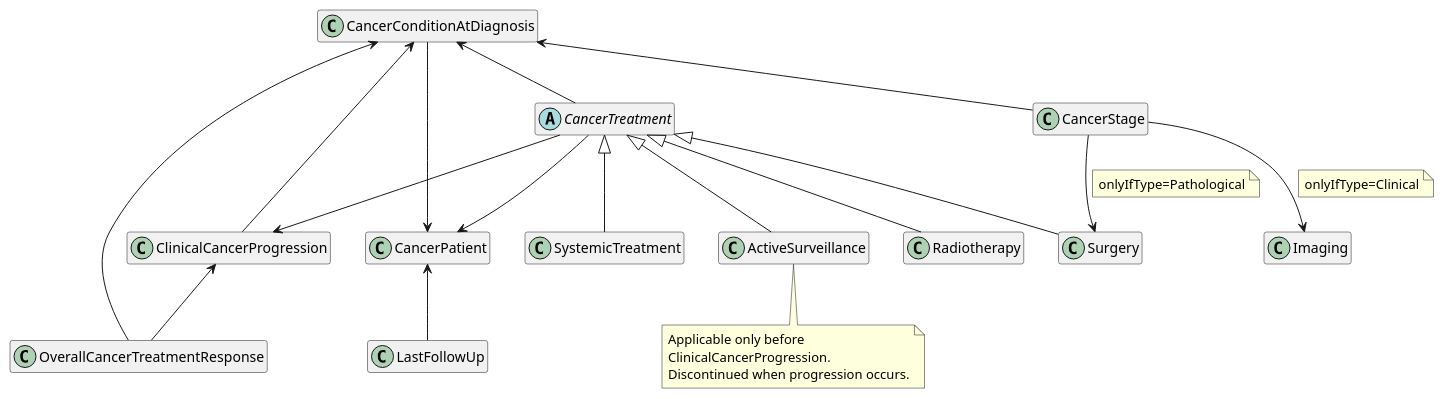
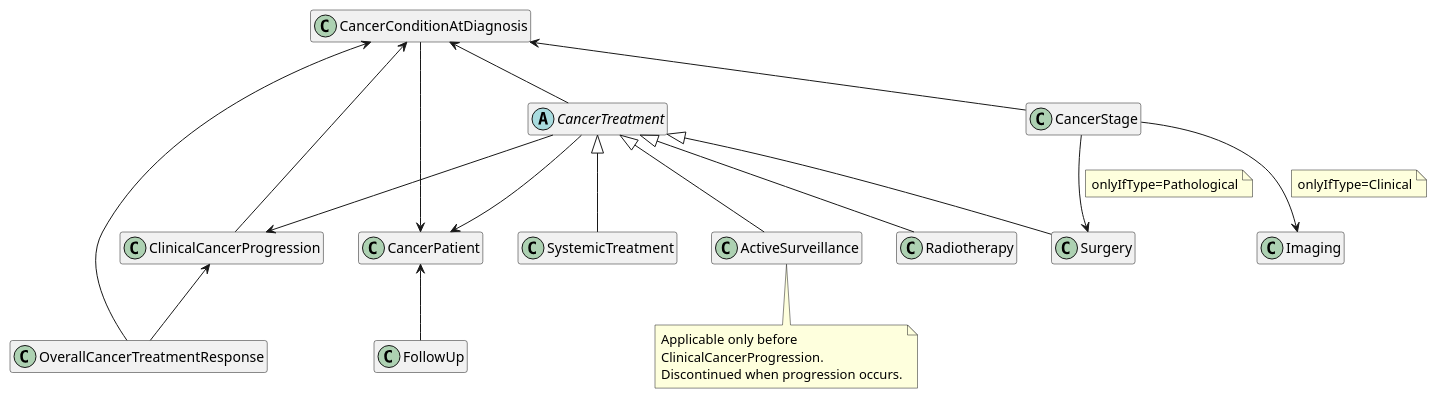
One commit to hl7-eu/cancer-common changed the diagram in input/images-source/CancerLogicalModel_LM_refs.plantuml. Above: the diagram before and after it, drawn with PlantUML. The commit also changed 45 other files, not shown here.

```diff
--- a/input/images-source/CancerLogicalModel_LM_refs.plantuml
+++ b/input/images-source/CancerLogicalModel_LM_refs.plantuml
@@ -1,76 +1,76 @@
 @startuml
 hide empty members
 skinparam classAttributeIconSize 0
 
 ' Classes derived from logical models
 class ActiveSurveillance [[StructureDefinition-ActiveSurveillance.html]]
 class CancerConditionAtDiagnosis [[StructureDefinition-CancerConditionAtDiagnosis.html]]
 class CancerPatient [[StructureDefinition-CancerPatient.html]]
 class CancerStage [[StructureDefinition-CancerStage.html]]
 class ClinicalCancerProgression [[StructureDefinition-ClinicalCancerProgression.html]]
 class Imaging [[StructureDefinition-Imaging.html]]
-class LastFollowUp [[StructureDefinition-LastFollowUp.html]]
+class FollowUp [[StructureDefinition-FollowUp.html]]
 class OverallCancerTreatmentResponse [[StructureDefinition-OverallCancerTreatmentResponse.html]]
 class Radiotherapy [[StructureDefinition-Radiotherapy.html]]
 class Surgery [[StructureDefinition-Surgery.html]]
 class SystemicTreatment [[StructureDefinition-SystemicTreatment.html]]
 
 ' Relationships derived from Reference() fields
 /' ActiveSurveillance --> CancerPatient
 ActiveSurveillance --> CancerConditionAtDiagnosis
 CancerConditionAtDiagnosis --> CancerPatient
 CancerStage --> CancerConditionAtDiagnosis
 CancerStage --> Surgery
 note on link
 onlyIfType=Pathological
 end note
 CancerStage --> Imaging
 note on link
 onlyIfType=Clinical
 end note
 ClinicalCancerProgression --> CancerConditionAtDiagnosis
-LastFollowUp --> CancerPatient
+FollowUp --> CancerPatient
 OverallCancerTreatmentResponse --> CancerConditionAtDiagnosis
 OverallCancerTreatmentResponse --> ClinicalCancerProgression
 Radiotherapy --> CancerPatient
 Radiotherapy --> CancerConditionAtDiagnosis
 Radiotherapy --> ClinicalCancerProgression
 Surgery --> CancerPatient
 Surgery --> CancerConditionAtDiagnosis
 Surgery --> ClinicalCancerProgression
 SystemicTreatment --> CancerPatient
 SystemicTreatment --> CancerConditionAtDiagnosis
 SystemicTreatment --> ClinicalCancerProgression '/
 
 
 abstract class CancerTreatment
 
 CancerTreatment-u->CancerConditionAtDiagnosis
 CancerTreatment --> CancerPatient
 CancerConditionAtDiagnosis --> CancerPatient
 CancerStage -u-> CancerConditionAtDiagnosis
 CancerStage --> Surgery
 note on link
 onlyIfType=Pathological
 end note
 CancerStage --> Imaging
 note on link
 onlyIfType=Clinical
 end note
 ClinicalCancerProgression -u-> CancerConditionAtDiagnosis
-LastFollowUp -u-> CancerPatient
+FollowUp -u-> CancerPatient
 OverallCancerTreatmentResponse -u-> CancerConditionAtDiagnosis
 OverallCancerTreatmentResponse -u-> ClinicalCancerProgression
 CancerTreatment --> ClinicalCancerProgression
 CancerTreatment <|-- Radiotherapy
 CancerTreatment <|-- SystemicTreatment
 CancerTreatment <|-- Surgery
 CancerTreatment <|-- ActiveSurveillance
 note bottom of ActiveSurveillance
 Applicable only before 
 ClinicalCancerProgression.
 Discontinued when progression occurs.
 end note
 
 
 @enduml
```
